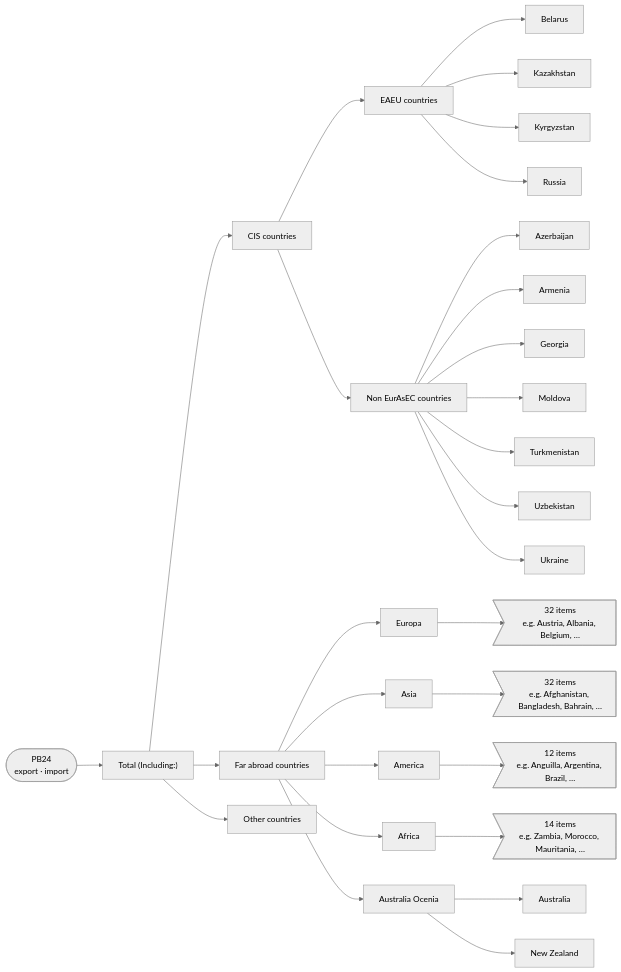
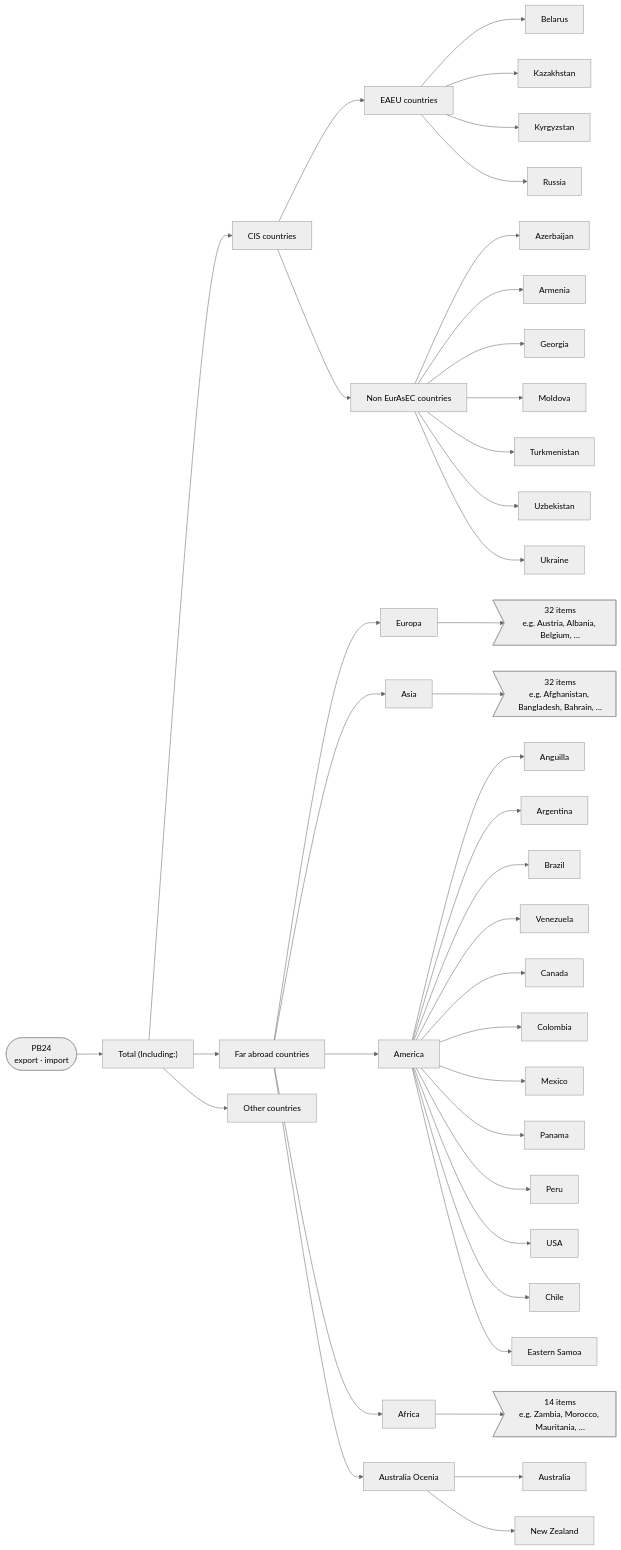
Diagram 11 of 36 in pb_leaf_indicators.md (firdavsKh/AgentCursor), drawn with Mermaid (neutral theme) before and after one commit. The commit also changed other lines of this file and 1 other file, not shown here.

````diff
--- a/pb_leaf_indicators.md
+++ b/pb_leaf_indicators.md
@@ -981,60 +1469,82 @@
 ```mermaid
 flowchart LR
   pb24(["PB24<br/>export · import"])
   pb24_1["Total (Including:)"]
   pb24 --> pb24_1
   pb24_1_2["CIS countries"]
   pb24_1 --> pb24_1_2
   pb24_1_2_3["EAEU countries"]
   pb24_1_2 --> pb24_1_2_3
   pb24_1_2_3_4["Belarus"]
   pb24_1_2_3 --> pb24_1_2_3_4
   pb24_1_2_3_5["Kazakhstan"]
   pb24_1_2_3 --> pb24_1_2_3_5
   pb24_1_2_3_6["Kyrgyzstan"]
   pb24_1_2_3 --> pb24_1_2_3_6
   pb24_1_2_3_7["Russia"]
   pb24_1_2_3 --> pb24_1_2_3_7
   pb24_1_2_8["Non EurAsEC countries"]
   pb24_1_2 --> pb24_1_2_8
   pb24_1_2_8_9["Azerbaijan"]
   pb24_1_2_8 --> pb24_1_2_8_9
   pb24_1_2_8_10["Armenia"]
   pb24_1_2_8 --> pb24_1_2_8_10
   pb24_1_2_8_11["Georgia"]
   pb24_1_2_8 --> pb24_1_2_8_11
   pb24_1_2_8_12["Moldova"]
   pb24_1_2_8 --> pb24_1_2_8_12
   pb24_1_2_8_13["Turkmenistan"]
   pb24_1_2_8 --> pb24_1_2_8_13
   pb24_1_2_8_14["Uzbekistan"]
   pb24_1_2_8 --> pb24_1_2_8_14
   pb24_1_2_8_15["Ukraine"]
   pb24_1_2_8 --> pb24_1_2_8_15
   pb24_1_16["Far abroad countries"]
   pb24_1 --> pb24_1_16
   pb24_1_16_17["Europa"]
   pb24_1_16 --> pb24_1_16_17
   pb24_1_16_17_18>"32 items<br/>e.g. Austria, Albania, Belgium, …"]
   pb24_1_16_17 --> pb24_1_16_17_18
   pb24_1_16_19["Asia"]
   pb24_1_16 --> pb24_1_16_19
   pb24_1_16_19_20>"32 items<br/>e.g. Afghanistan, Bangladesh, Bahrain, …"]
   pb24_1_16_19 --> pb24_1_16_19_20
   pb24_1_16_21["America"]
   pb24_1_16 --> pb24_1_16_21
-  pb24_1_16_21_22>"12 items<br/>e.g. Anguilla, Argentina, Brazil, …"]
+  pb24_1_16_21_22["Anguilla"]
   pb24_1_16_21 --> pb24_1_16_21_22
-  pb24_1_16_23["Africa"]
-  pb24_1_16 --> pb24_1_16_23
-  pb24_1_16_23_24>"14 items<br/>e.g. Zambia, Morocco, Mauritania, …"]
-  pb24_1_16_23 --> pb24_1_16_23_24
-  pb24_1_16_25["Australia Ocenia"]
-  pb24_1_16 --> pb24_1_16_25
-  pb24_1_16_25_26["Australia"]
-  pb24_1_16_25 --> pb24_1_16_25_26
-  pb24_1_16_25_27["New Zealand"]
-  pb24_1_16_25 --> pb24_1_16_25_27
-  pb24_1_28["Other countries"]
-  pb24_1 --> pb24_1_28
+  pb24_1_16_21_23["Argentina"]
+  pb24_1_16_21 --> pb24_1_16_21_23
+  pb24_1_16_21_24["Brazil"]
+  pb24_1_16_21 --> pb24_1_16_21_24
+  pb24_1_16_21_25["Venezuela"]
+  pb24_1_16_21 --> pb24_1_16_21_25
+  pb24_1_16_21_26["Canada"]
+  pb24_1_16_21 --> pb24_1_16_21_26
+  pb24_1_16_21_27["Colombia"]
+  pb24_1_16_21 --> pb24_1_16_21_27
+  pb24_1_16_21_28["Mexico"]
+  pb24_1_16_21 --> pb24_1_16_21_28
+  pb24_1_16_21_29["Panama"]
+  pb24_1_16_21 --> pb24_1_16_21_29
+  pb24_1_16_21_30["Peru"]
+  pb24_1_16_21 --> pb24_1_16_21_30
+  pb24_1_16_21_31["USA"]
+  pb24_1_16_21 --> pb24_1_16_21_31
+  pb24_1_16_21_32["Chile"]
+  pb24_1_16_21 --> pb24_1_16_21_32
+  pb24_1_16_21_33["Eastern Samoa"]
+  pb24_1_16_21 --> pb24_1_16_21_33
+  pb24_1_16_34["Africa"]
+  pb24_1_16 --> pb24_1_16_34
+  pb24_1_16_34_35>"14 items<br/>e.g. Zambia, Morocco, Mauritania, …"]
+  pb24_1_16_34 --> pb24_1_16_34_35
+  pb24_1_16_36["Australia Ocenia"]
+  pb24_1_16 --> pb24_1_16_36
+  pb24_1_16_36_37["Australia"]
+  pb24_1_16_36 --> pb24_1_16_36_37
+  pb24_1_16_36_38["New Zealand"]
+  pb24_1_16_36 --> pb24_1_16_36_38
+  pb24_1_39["Other countries"]
+  pb24_1 --> pb24_1_39
 ```
````
